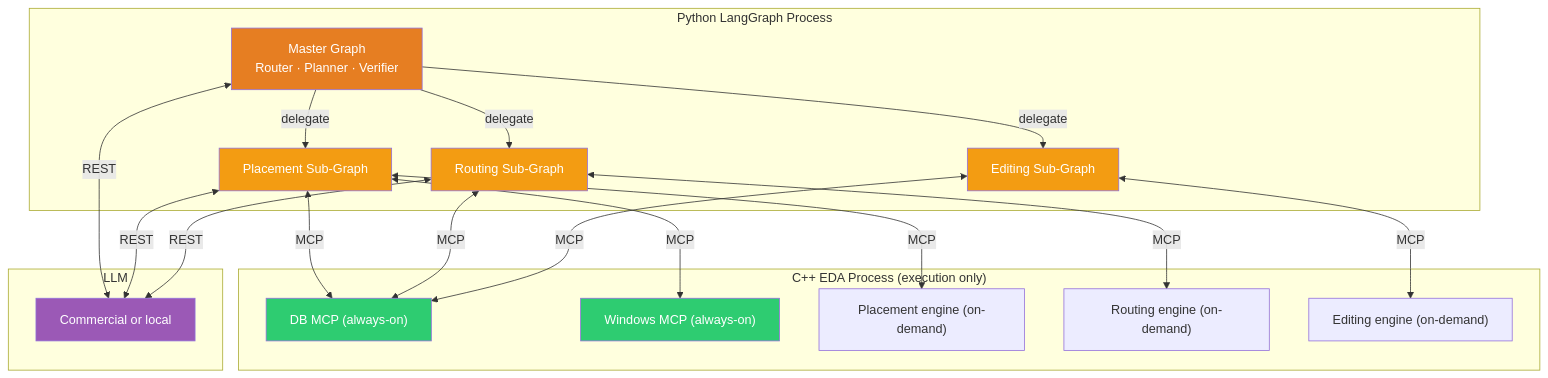
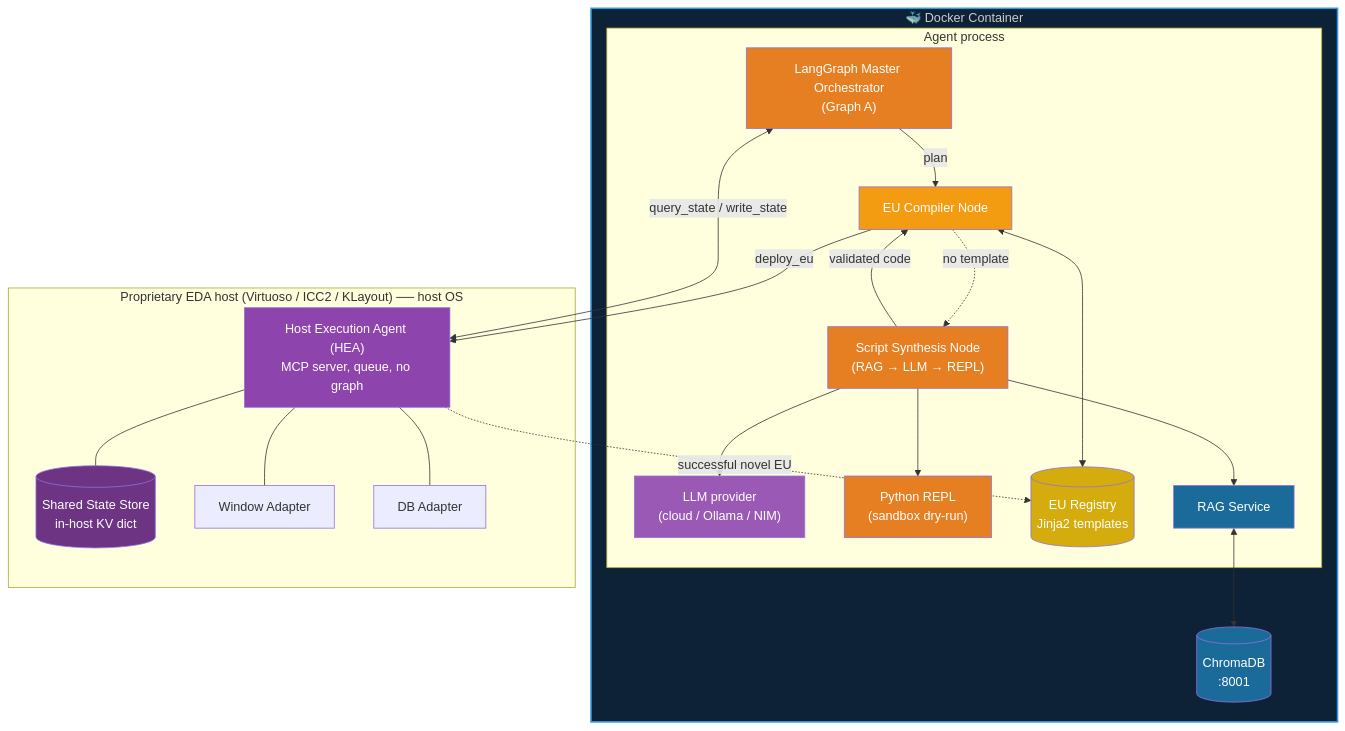
The seventh of 11 diagrams in vlsi/docs/architecture.md (sandipanghosh81/programming), drawn with Mermaid before and after one commit. The commit also changed other lines of this file and 5 other files, not shown here.

````diff
--- a/vlsi/docs/architecture.md
+++ b/vlsi/docs/architecture.md
@@ -306,40 +618,50 @@
 ```mermaid
 graph TB
-    subgraph PY["Python LangGraph Process"]
-        MG["Master Graph<br/>Router · Planner · Verifier"]
-        MP["Placement Sub-Graph"]
-        MR["Routing Sub-Graph"]
-        ME["Editing Sub-Graph"]
-        MG -->|delegate| MP
-        MG -->|delegate| MR
-        MG -->|delegate| ME
+    subgraph DockerEnv["🐳 Docker Container"]
+        subgraph PY["Agent process"]
+            MG["LangGraph Master Orchestrator\n(Graph A)"]
+            LLM["LLM provider\n(cloud / Ollama / NIM)"]
+            EUC["EU Compiler Node"]
+            SYN["Script Synthesis Node\n(RAG → LLM → REPL)"]
+            REPL["Python REPL\n(sandbox dry-run)"]
+            REG[("EU Registry\nJinja2 templates")]
+            MG -->|plan| EUC
+            EUC <--> REG
+            EUC -. no template .-> SYN
+            SYN --> RAG_Q
+            SYN --> LLM
+            SYN --> REPL
+            SYN -->|validated code| EUC
+        end
+        RAG_Q["RAG Service"]
+        CDB[("ChromaDB\n:8001")]
+        RAG_Q <--> CDB
     end
-    subgraph CPP["C++ EDA Process (execution only)"]
-        DB["DB MCP (always-on)"]
-        WIN["Windows MCP (always-on)"]
-        P["Placement engine (on-demand)"]
-        R["Routing engine (on-demand)"]
-        E["Editing engine (on-demand)"]
+
+    subgraph HOST["Proprietary EDA host (Virtuoso / ICC2 / KLayout)  ── host OS"]
+        HEA["Host Execution Agent (HEA)\nMCP server, queue, no graph"]
+        SS[("Shared State Store\nin-host KV dict")]
+        WA["Window Adapter"]
+        DA["DB Adapter"]
+
+        HEA --- SS
+        HEA --- WA
+        HEA --- DA
     end
-    subgraph LLMG["LLM"]
-        LLM["Commercial or local"]
-    end
-    MP <-->|MCP| DB
-    MP <-->|MCP| WIN
-    MP <-->|MCP| P
-    MR <-->|MCP| DB
-    MR <-->|MCP| R
-    ME <-->|MCP| DB
-    ME <-->|MCP| E
-    MG <-->|REST| LLM
-    MP <-->|REST| LLM
-    MR <-->|REST| LLM
+
+    EUC -->|deploy_eu| HEA
+    MG <-->|query_state / write_state| HEA
+    HEA -. successful novel EU .-> REG
 
     style MG fill:#e67e22,color:#fff
-    style MP fill:#f39c12,color:#fff
-    style MR fill:#f39c12,color:#fff
-    style ME fill:#f39c12,color:#fff
-    style DB fill:#2ecc71,color:#fff
-    style WIN fill:#2ecc71,color:#fff
+    style EUC fill:#f39c12,color:#fff
+    style SYN fill:#e67e22,color:#fff
+    style REPL fill:#e67e22,color:#fff
+    style REG fill:#d4ac0d,color:#fff
+    style HEA fill:#8e44ad,color:#fff
+    style SS fill:#6c3483,color:#fff
     style LLM fill:#9b59b6,color:#fff
+    style RAG_Q fill:#1a6b9a,color:#fff
+    style CDB fill:#1a6b9a,color:#fff
+    style DockerEnv fill:#0d2137,color:#ccc,stroke:#3498db,stroke-width:2px
 ```
````
